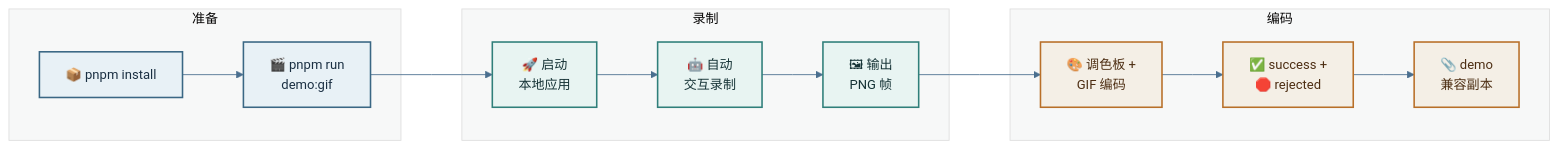
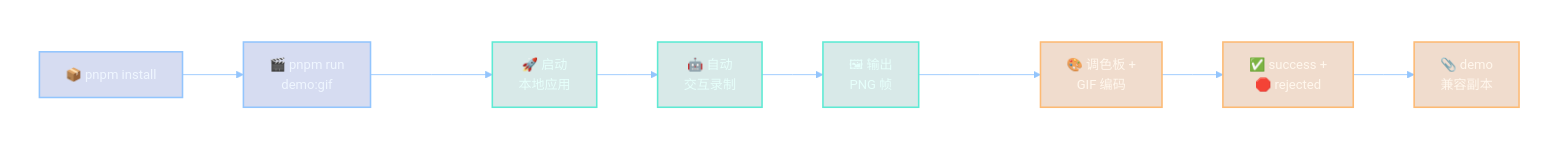
One commit to sunshineluyao/Moss-Mcp-Transaction changed the sixth of 8 diagrams in README.md. Above: the diagram before and after it, drawn with Mermaid. The commit also changed other lines of this file, not shown here.

Commit message:
docs: add GIF workflow and diagram color design notes

````diff
--- a/README.md
+++ b/README.md
@@ -531,29 +565,29 @@
 ```mermaid
-%%{init: {'theme':'base','flowchart': {'htmlLabels': true, 'nodeSpacing': 56, 'rankSpacing': 70, 'curve': 'linear'},'themeVariables': {'fontFamily':'Trebuchet MS, Segoe UI, sans-serif','fontSize':'15px','primaryColor':'#e8f1f6','primaryBorderColor':'#3a6784','primaryTextColor':'#141f2a','lineColor':'#4a6f8f','secondaryColor':'#edf2f4','tertiaryColor':'#f7f8f8'}}}%%
+%%{init: {'theme':'base','flowchart': {'htmlLabels': true, 'nodeSpacing': 56, 'rankSpacing': 70, 'curve': 'linear'},'themeVariables': {'fontFamily':'Trebuchet MS, Segoe UI, sans-serif','fontSize':'15px','primaryColor':'transparent','primaryBorderColor':'#93c5fd','primaryTextColor':'#e6edf7','lineColor':'#93c5fd','secondaryColor':'rgba(15,23,42,0.18)','tertiaryColor':'transparent','background':'transparent','edgeLabelBackground':'rgba(15,23,42,0.62)'},'themeCSS': '.edgeLabel rect{fill:rgba(15,23,42,0.62)!important;stroke:rgba(148,163,184,0.45)!important;} .edgeLabel p,.edgeLabel span{color:#e6edf7!important;}'} }%%
 flowchart LR
   subgraph P1[准备]
     A["📦 pnpm install"] --> B["🎬 pnpm run<br/>demo:gif"]
   end
 
   subgraph P2[录制]
     C["🚀 启动<br/>本地应用"] --> D["🤖 自动<br/>交互录制"]
     D --> E["🖼 输出<br/>PNG 帧"]
   end
 
   subgraph P3[编码]
     F["🎨 调色板 +<br/>GIF 编码"]
     G["✅ success +<br/>🛑 rejected"]
     H["📎 demo<br/>兼容副本"]
   end
 
   B --> C
   E --> F --> G --> H
 
-  classDef prep fill:#e8f1f6,stroke:#3a6784,stroke-width:1.8px,color:#1a2f42;
-  classDef capture fill:#e8f4f2,stroke:#2f7f7a,stroke-width:1.8px,color:#163336;
-  classDef encode fill:#f4efe6,stroke:#b86f28,stroke-width:1.8px,color:#4d2e13;
+  classDef prep fill:#1e40af2e,stroke:#93c5fd,stroke-width:1.8px,color:#eff6ff;
+  classDef capture fill:#0f766e29,stroke:#5eead4,stroke-width:1.8px,color:#e6fffb;
+  classDef encode fill:#b4530933,stroke:#fdba74,stroke-width:1.8px,color:#fff7ed;
 
   class A,B prep;
   class C,D,E capture;
   class F,G,H encode;
 ```
````
